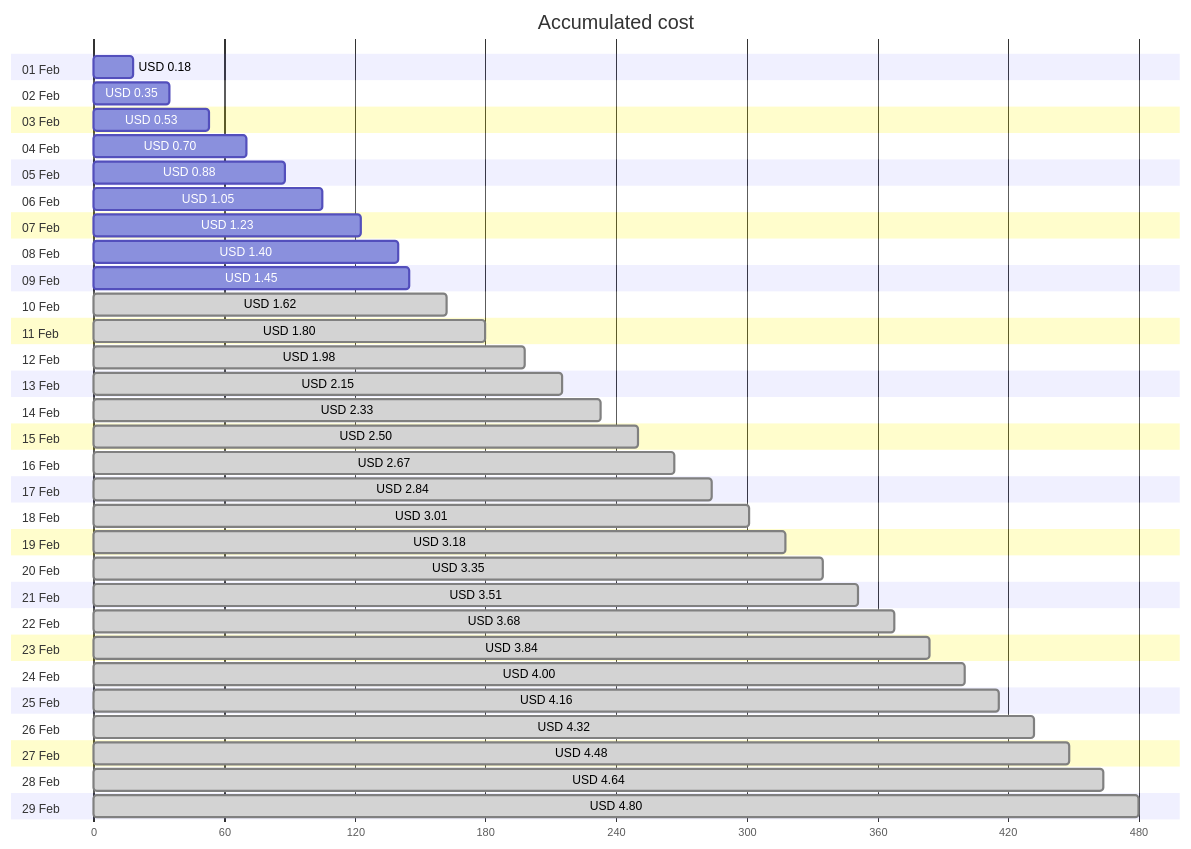
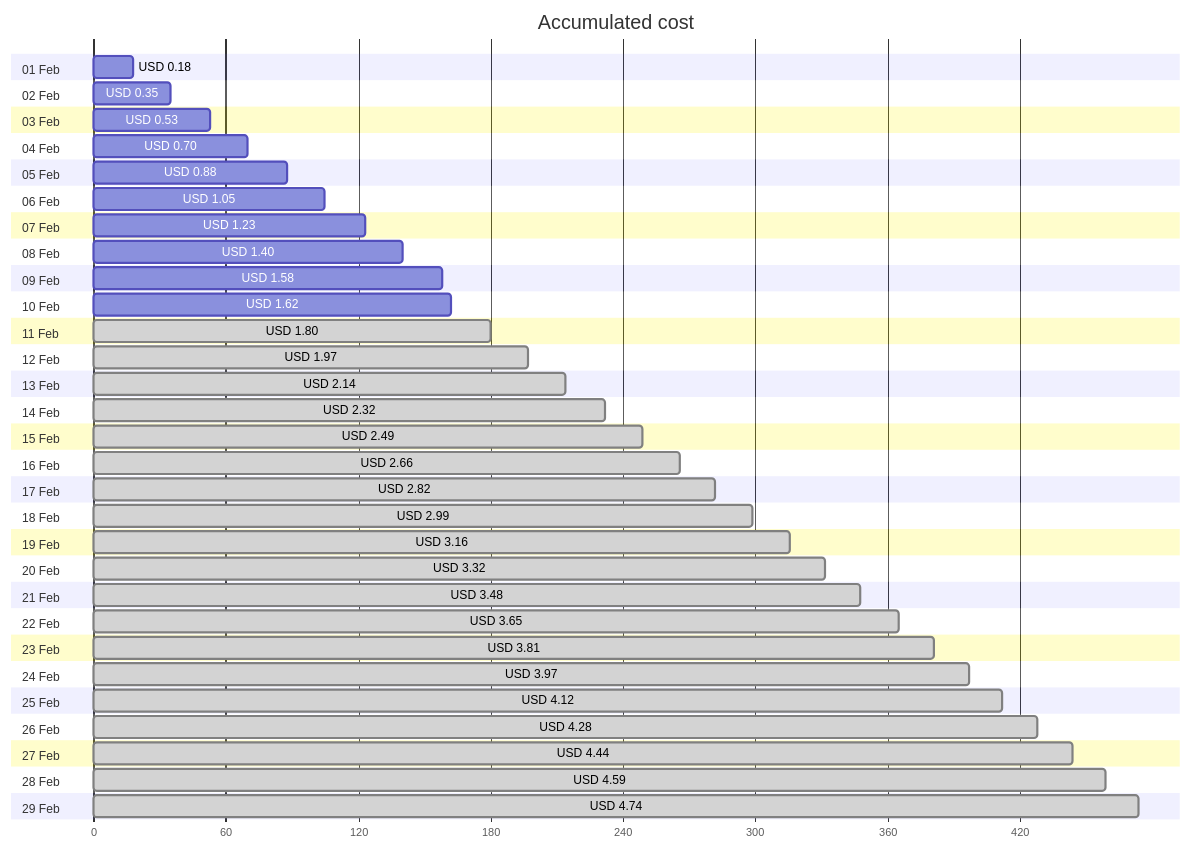
The first of 4 diagrams in cost-reports/personal-network/backup-server.md (jpfulton/azure-personal-reports), drawn with Mermaid before and after one commit. The commit also changed other lines of this file and 8 other files, not shown here.

````diff
--- a/cost-reports/personal-network/backup-server.md
+++ b/cost-reports/personal-network/backup-server.md
@@ -20,64 +20,64 @@
 ```mermaid
 gantt
    title Accumulated cost
    dateFormat  X
    axisFormat %s
    section 01 Feb
    USD 0.18 :0, 18
    section 02 Feb
    USD 0.35 :0, 35
    section 03 Feb
    USD 0.53 :0, 53
    section 04 Feb
    USD 0.70 :0, 70
    section 05 Feb
    USD 0.88 :0, 88
    section 06 Feb
    USD 1.05 :0, 105
    section 07 Feb
    USD 1.23 :0, 123
    section 08 Feb
    USD 1.40 :0, 140
    section 09 Feb
-   USD 1.45 :0, 145
+   USD 1.58 :0, 158
    section 10 Feb
-   USD 1.62 : done, 0, 162
+   USD 1.62 :0, 162
    section 11 Feb
    USD 1.80 : done, 0, 180
    section 12 Feb
-   USD 1.98 : done, 0, 198
+   USD 1.97 : done, 0, 197
    section 13 Feb
-   USD 2.15 : done, 0, 215
+   USD 2.14 : done, 0, 214
    section 14 Feb
-   USD 2.33 : done, 0, 233
+   USD 2.32 : done, 0, 232
    section 15 Feb
-   USD 2.50 : done, 0, 250
+   USD 2.49 : done, 0, 249
    section 16 Feb
-   USD 2.67 : done, 0, 267
+   USD 2.66 : done, 0, 266
    section 17 Feb
-   USD 2.84 : done, 0, 284
+   USD 2.82 : done, 0, 282
    section 18 Feb
-   USD 3.01 : done, 0, 301
+   USD 2.99 : done, 0, 299
    section 19 Feb
-   USD 3.18 : done, 0, 318
+   USD 3.16 : done, 0, 316
    section 20 Feb
-   USD 3.35 : done, 0, 335
+   USD 3.32 : done, 0, 332
    section 21 Feb
-   USD 3.51 : done, 0, 351
+   USD 3.48 : done, 0, 348
    section 22 Feb
-   USD 3.68 : done, 0, 368
+   USD 3.65 : done, 0, 365
    section 23 Feb
-   USD 3.84 : done, 0, 384
+   USD 3.81 : done, 0, 381
    section 24 Feb
-   USD 4.00 : done, 0, 400
+   USD 3.97 : done, 0, 397
    section 25 Feb
-   USD 4.16 : done, 0, 416
+   USD 4.12 : done, 0, 412
    section 26 Feb
-   USD 4.32 : done, 0, 432
+   USD 4.28 : done, 0, 428
    section 27 Feb
-   USD 4.48 : done, 0, 448
+   USD 4.44 : done, 0, 444
    section 28 Feb
-   USD 4.64 : done, 0, 464
+   USD 4.59 : done, 0, 459
    section 29 Feb
-   USD 4.80 : done, 0, 480
+   USD 4.74 : done, 0, 474
 ```
````
